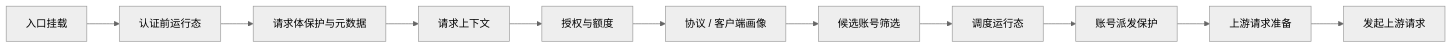
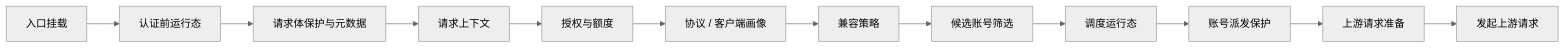
Before and after one commit to huanmin123/juhe-ai: the diagram in docs/functions/请求处理分层设计.md, drawn with Mermaid (neutral theme). The commit also changed other lines of this file and 16 other files, not shown here.

````diff
--- a/docs/functions/请求处理分层设计.md
+++ b/docs/functions/请求处理分层设计.md
@@ -26,13 +26,14 @@
 ```mermaid
 flowchart LR
   Entry["入口挂载"] --> PreAuth["认证前运行态"]
   PreAuth --> Body["请求体保护与元数据"]
   Body --> Context["请求上下文"]
   Context --> Auth["授权与额度"]
   Auth --> Profile["协议 / 客户端画像"]
-  Profile --> Candidate["候选账号筛选"]
+  Profile --> Compat["兼容策略"]
+  Compat --> Candidate["候选账号筛选"]
   Candidate --> Runtime["调度运行态"]
   Runtime --> Dispatch["账号派发保护"]
   Dispatch --> Prepare["上游请求准备"]
   Prepare --> Upstream["发起上游请求"]
 ```
````
